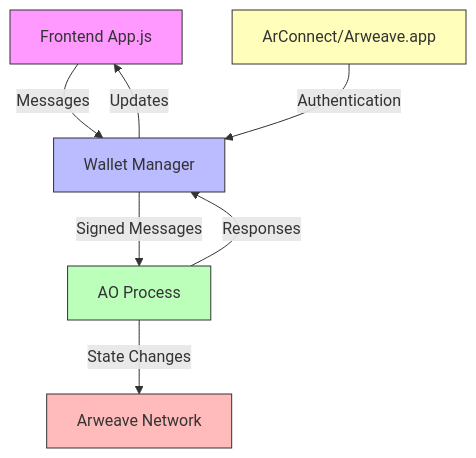
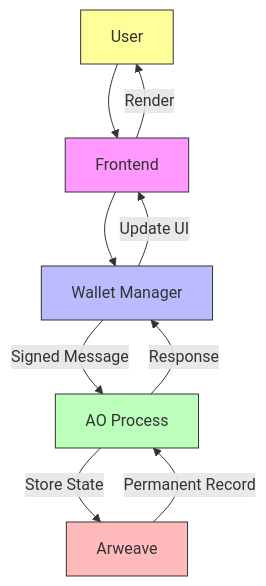
One commit to dpshade/minimal-permaweb changed the first of 3 diagrams in README.md. Above: the diagram before and after it, drawn with Mermaid. The commit also changed other lines of this file, not shown here.

Commit message:
updated graphs

````diff
--- a/README.md
+++ b/README.md
@@ -21,14 +23,17 @@
 ```mermaid
 graph TD
-    A[Frontend App.js] -->|Messages| B[Wallet Manager]
-    B -->|Signed Messages| C[AO Process]
-    C -->|State Changes| D[Arweave Network]
-    E[ArConnect/Arweave.app] -->|Authentication| B
-    C -->|Responses| B
-    B -->|Updates| A
-    style A fill:#f9f,stroke:#333
-    style B fill:#bbf,stroke:#333
-    style C fill:#bfb,stroke:#333
-    style D fill:#fbb,stroke:#333
-    style E fill:#ffb,stroke:#333
+    U[User] --> F[Frontend]
+    F --> W[Wallet Manager]
+    W -->|Signed Message| P[AO Process]
+    P -->|Store State| A[Arweave]
+    A -->|Permanent Record| P
+    P -->|Response| W
+    W -->|Update UI| F
+    F -->|Render| U
+    
+    style U fill:#ff9,stroke:#333
+    style F fill:#f9f,stroke:#333
+    style W fill:#bbf,stroke:#333
+    style P fill:#bfb,stroke:#333
+    style A fill:#fbb,stroke:#333
 ```
````
